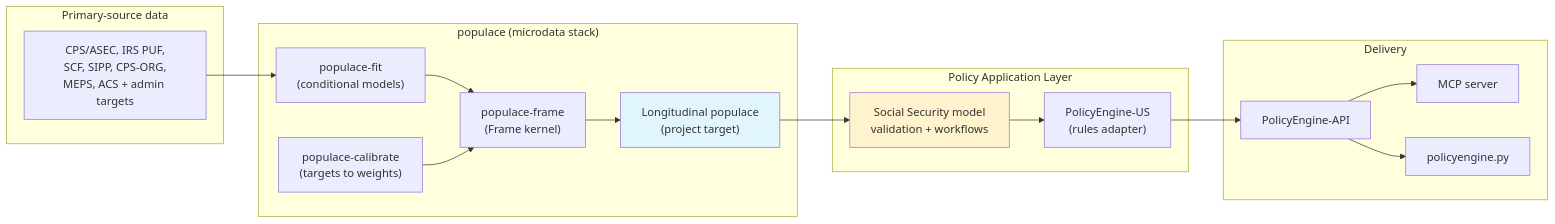
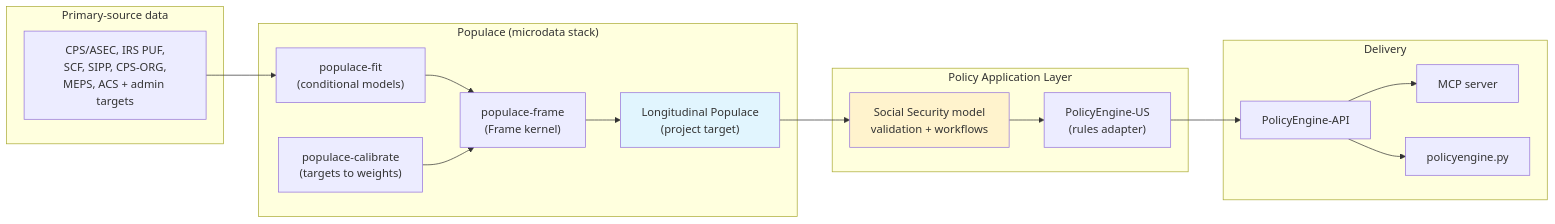
The diagram in docs/infrastructure.md (PolicyEngine/populace-dynamics), drawn with Mermaid before and after one commit. The commit also changed other lines of this file and 12 other files, not shown here.

````diff
--- a/docs/infrastructure.md
+++ b/docs/infrastructure.md
@@ -18,37 +18,37 @@
 ```mermaid
 flowchart LR
     subgraph sources["Primary-source data"]
         SRC["CPS/ASEC, IRS PUF,<br/>SCF, SIPP, CPS-ORG,<br/>MEPS, ACS + admin targets"]
     end
 
-    subgraph population["populace (microdata stack)"]
+    subgraph population["Populace (microdata stack)"]
         FRAME["populace-frame<br/>(Frame kernel)"]
         FIT["populace-fit<br/>(conditional models)"]
         CAL["populace-calibrate<br/>(targets to weights)"]
-        LMPX["Longitudinal populace<br/>(project target)"]
+        LMPX["Longitudinal Populace<br/>(project target)"]
     end
 
     subgraph application["Policy Application Layer"]
         SSM["Social Security model<br/>validation + workflows"]
         PEUS["PolicyEngine-US<br/>(rules adapter)"]
     end
 
     subgraph interface["Delivery"]
         API["PolicyEngine-API"]
         MCP["MCP server"]
         PY["policyengine.py"]
     end
 
     SRC --> FIT
     FIT --> FRAME
     CAL --> FRAME
     FRAME --> LMPX
     LMPX --> SSM
     SSM --> PEUS
     PEUS --> API
     API --> MCP
     API --> PY
 
     style LMPX fill:#e1f5fe
     style SSM fill:#fff3cd
 ```
````
